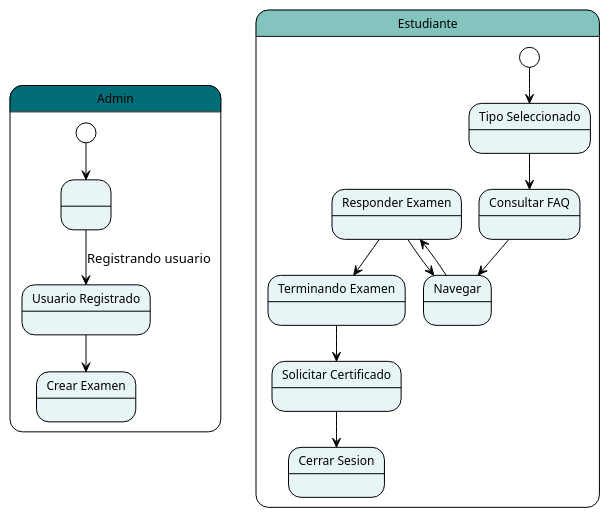
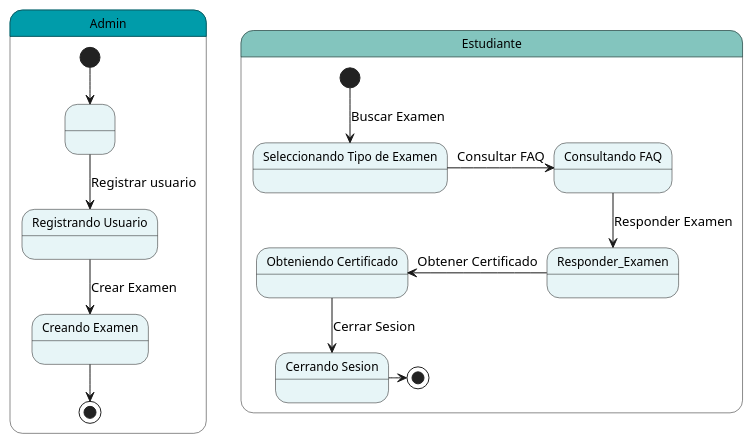
One commit to MiguelCiav/Uhuru changed the diagram in docs/scenariosView/D_Estado_Caso.plantuml. Above: the diagram before and after it, drawn with PlantUML. The commit also changed other lines of this file and 6 other files, not shown here.

Commit message:
Corrección Diagramas de Modelo de Dominio y Casos de Uso

```diff
--- a/docs/scenariosView/D_Estado_Caso.plantuml
+++ b/docs/scenariosView/D_Estado_Caso.plantuml
@@ -19,52 +9,46 @@
 @startuml D_Estado_Usos
 
-!theme plain
 skinparam NoteBackgroundColor transparent
 skinparam NoteBorderColor transparent
 skinparam backgroundColor white
 hide members
-''allowmixing 
 skinparam actorStyle awesome
 
 /' ESTILOS '/
 
 skinparam state{
     FontSize 12
     BackgroundColor #E7F5F7
 
 }
 
 /' DIAGRAMA PARA EL ADMIN '/ 
 
-state Admin #006d77{
+state Admin #009caa{
     state " " as Estado_Inicial_Admin
-    state "Usuario Registrado" as Usuario_Registrado
-    state "Crear Examen" as Crear_Examen 
+    state "Registrando Usuario" as Usuario_Registrado
+    state "Creando Examen" as Crear_Examen 
     [*] --> Estado_Inicial_Admin
-    Estado_Inicial_Admin --> Usuario_Registrado : Registrando usuario
-    Usuario_Registrado --> Crear_Examen
+    Estado_Inicial_Admin --> Usuario_Registrado : Registrar usuario
+    Usuario_Registrado --> Crear_Examen : Crear Examen
+    Crear_Examen --> [*]
 }
 
 /' DIAGRAMA PARA EL ESTUDIANTE '/
 
 state Estudiante #83c5be{
-    state "Responder Examen" as Responder_Examen
-    state "Tipo Seleccionado" as Tipo_Seleccionado
-    state "Terminando Examen" as Terminando_Examen
-    state "Consultar FAQ" as Consultar_FAQ
-    state "Navegar" as Navegar
-    state "Solicitar Certificado" as Solicitar_Certificado
-    state "Cerrar Sesion" as Cerrar_Sesion
+    state "Seleccionando Tipo de Examen" as Tipo_Seleccionado
+    state "Consultando FAQ" as Consultar_FAQ
+    state "Obteniendo Certificado" as Solicitar_Certificado
+    state "Cerrando Sesion" as Cerrar_Sesion
 
-    [*]-->Tipo_Seleccionado
-    Tipo_Seleccionado --> Consultar_FAQ
-    Consultar_FAQ --> Navegar
-    Navegar --> Responder_Examen
-    Responder_Examen --> Navegar
-    Responder_Examen --> Terminando_Examen
-    Terminando_Examen --> Solicitar_Certificado
-    Solicitar_Certificado --> Cerrar_Sesion
+    [*]-->Tipo_Seleccionado: Buscar Examen
+    Tipo_Seleccionado -r-> Consultar_FAQ: Consultar FAQ
+    Consultar_FAQ -d-> Responder_Examen: Responder Examen
+    Responder_Examen -l-> Solicitar_Certificado: Obtener Certificado
+    Solicitar_Certificado -d-> Cerrar_Sesion: Cerrar Sesion
+    Cerrar_Sesion -r-> [*]
 }
 
 
 @enduml
```
